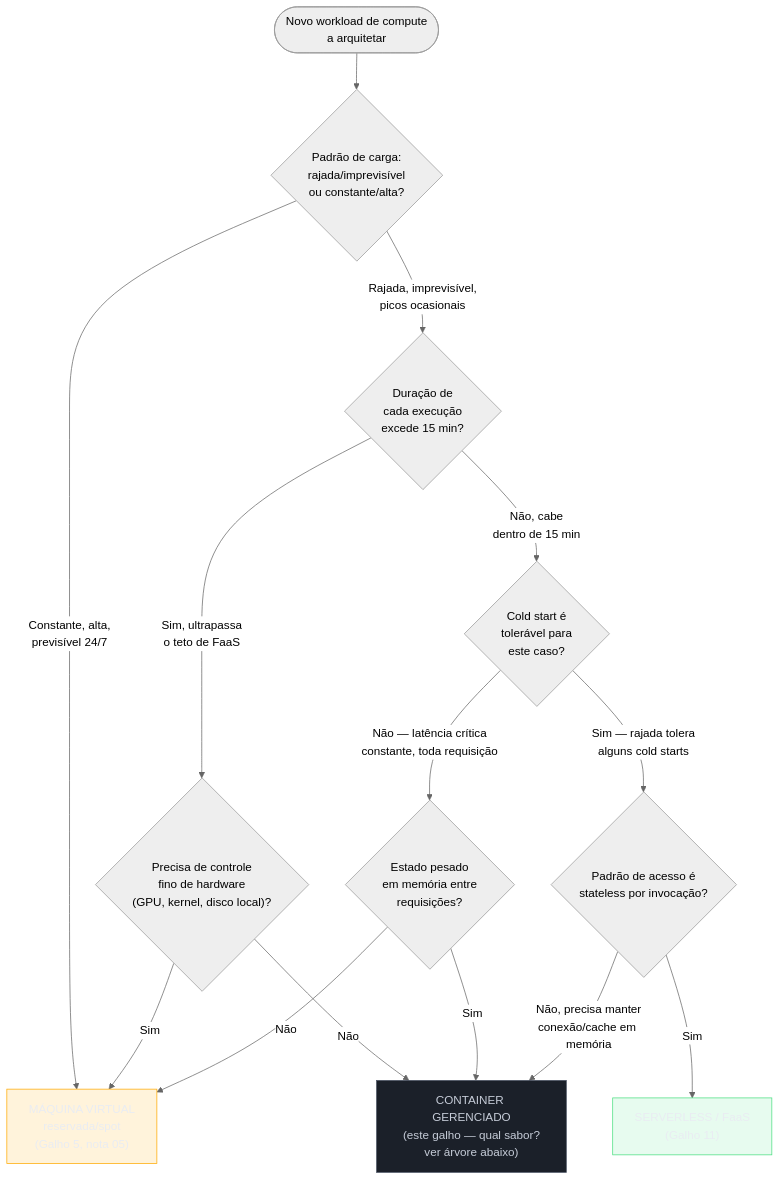
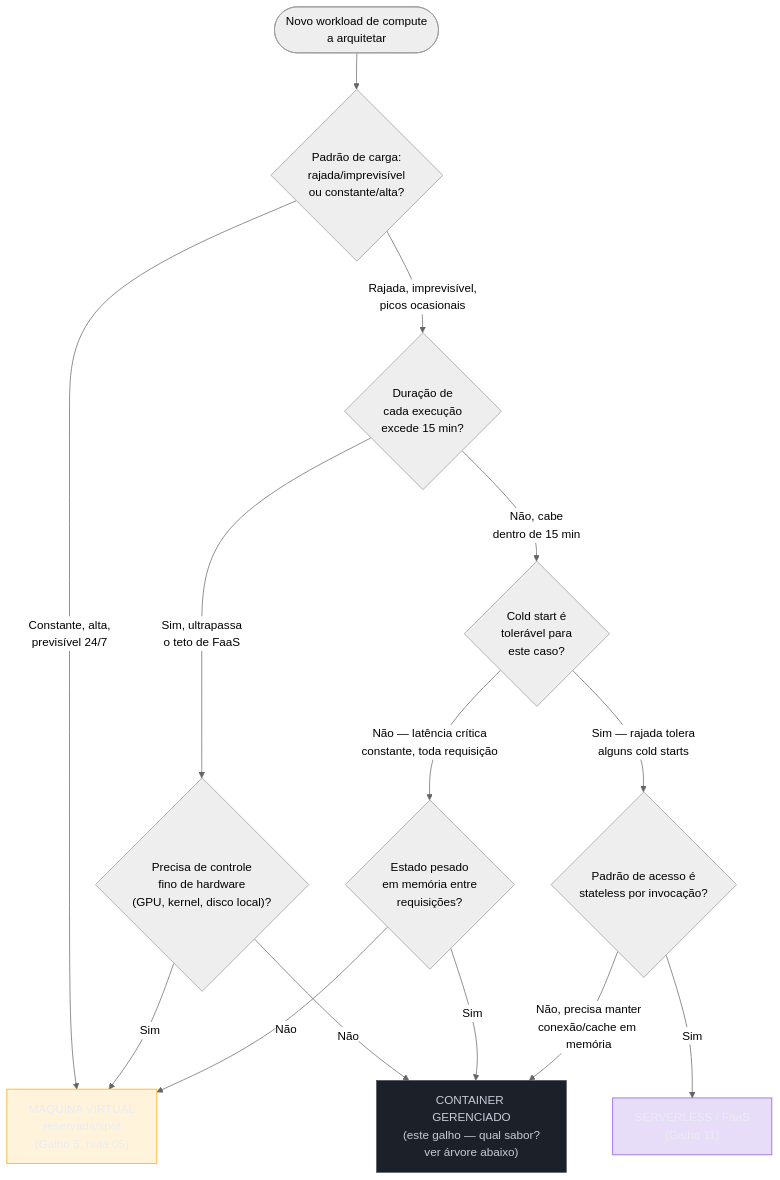
The first of 3 diagrams in 03-Dominios/Tecnologia/Cloud/12 - Containers gerenciados/06 - Container vs VM vs serverless (capstone).md (josenaldo/codex-technomanticus), drawn with Mermaid (neutral theme) before and after one commit. The commit also changed other lines of this file and 601 other files, not shown here.

````diff
--- a/03-Dominios/Tecnologia/Cloud/12 - Containers gerenciados/06 - Container vs VM vs serverless (capstone).md
+++ b/03-Dominios/Tecnologia/Cloud/12 - Containers gerenciados/06 - Container vs VM vs serverless (capstone).md
@@ -27,32 +27,32 @@
 ```mermaid
 flowchart TD
-    classDef ok fill:#4ADE8021,stroke:#4ADE80,color:#E9ECF2
+    classDef marca fill:#8855DF33,stroke:#8855DF,color:#E9ECF2
     classDef neutro fill:#1B2029,stroke:#4E5666,color:#C6CCD8
     classDef destaque fill:#FFAA0024,stroke:#FFAA00,color:#E9ECF2
     Start(["Novo workload de compute<br/>a arquitetar"])
 
     Q1{"Padrão de carga:<br/>rajada/imprevisível<br/>ou constante/alta?"}
     Start --> Q1
 
     Q1 -->|"Rajada, imprevisível,<br/>picos ocasionais"| Q2{"Duração de<br/>cada execução<br/>excede 15 min?"}
     Q1 -->|"Constante, alta,<br/>previsível 24/7"| VM["MÁQUINA VIRTUAL<br/>reservada/spot<br/>(Galho 5, nota 05)"]
 
     Q2 -->|"Sim, ultrapassa<br/>o teto de FaaS"| Q3{"Precisa de controle<br/>fino de hardware<br/>(GPU, kernel, disco local)?"}
     Q2 -->|"Não, cabe<br/>dentro de 15 min"| Q4{"Cold start é<br/>tolerável para<br/>este caso?"}
 
     Q3 -->|"Sim"| VM
     Q3 -->|"Não"| Container["CONTAINER GERENCIADO<br/>(este galho — qual sabor?<br/>ver árvore abaixo)"]
 
     Q4 -->|"Não — latência crítica<br/>constante, toda requisição"| Q5{"Estado pesado<br/>em memória entre<br/>requisições?"}
     Q4 -->|"Sim — rajada tolera<br/>alguns cold starts"| Q6{"Padrão de acesso é<br/>stateless por invocação?"}
 
     Q5 -->|"Sim"| Container
     Q5 -->|"Não"| VM
 
     Q6 -->|"Sim"| Serverless["SERVERLESS / FaaS<br/>(Galho 11)"]
     Q6 -->|"Não, precisa manter<br/>conexão/cache em memória"| Container
 
-    class Serverless ok
+    class Serverless marca
     class Container neutro
     class VM destaque
 ```
````
